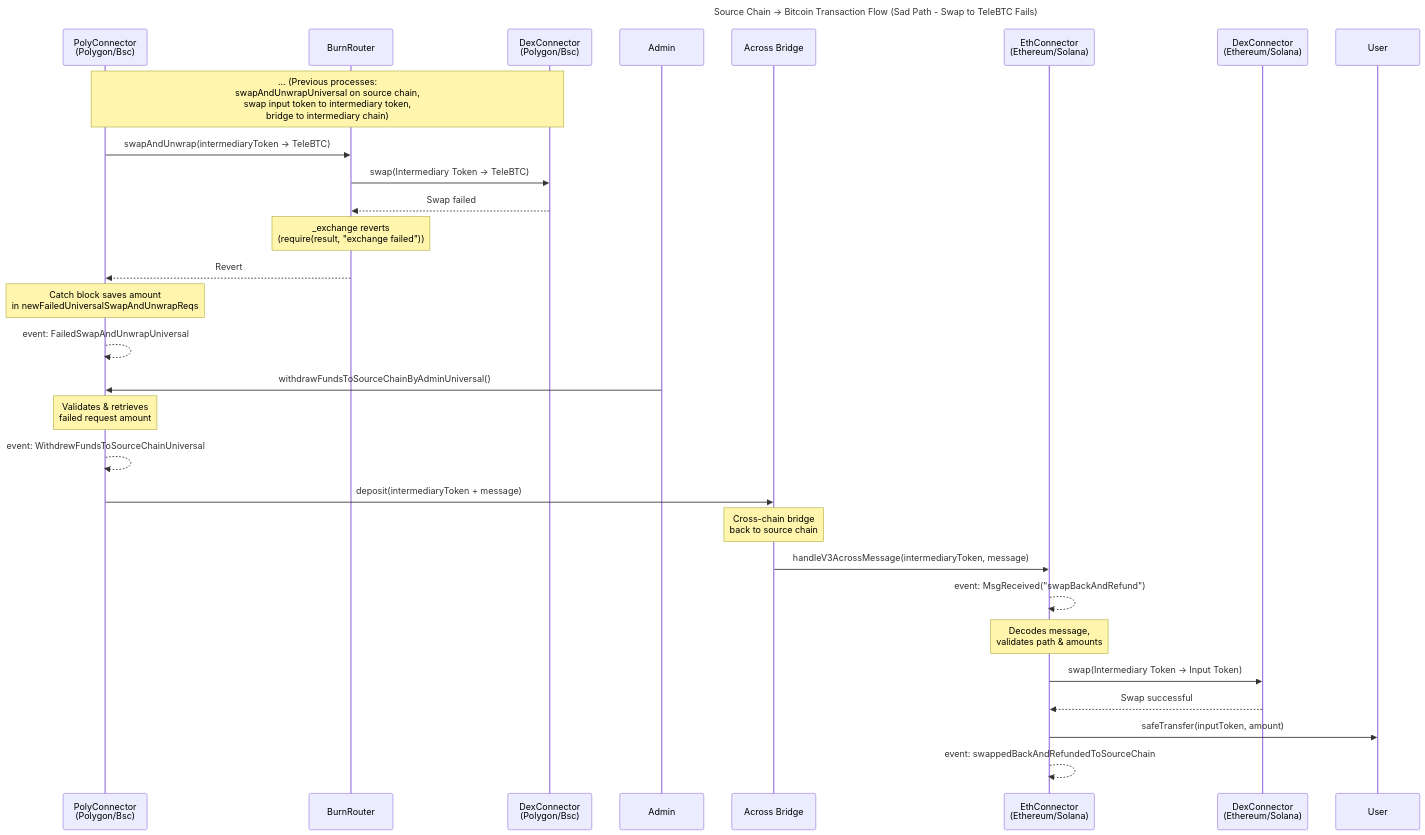
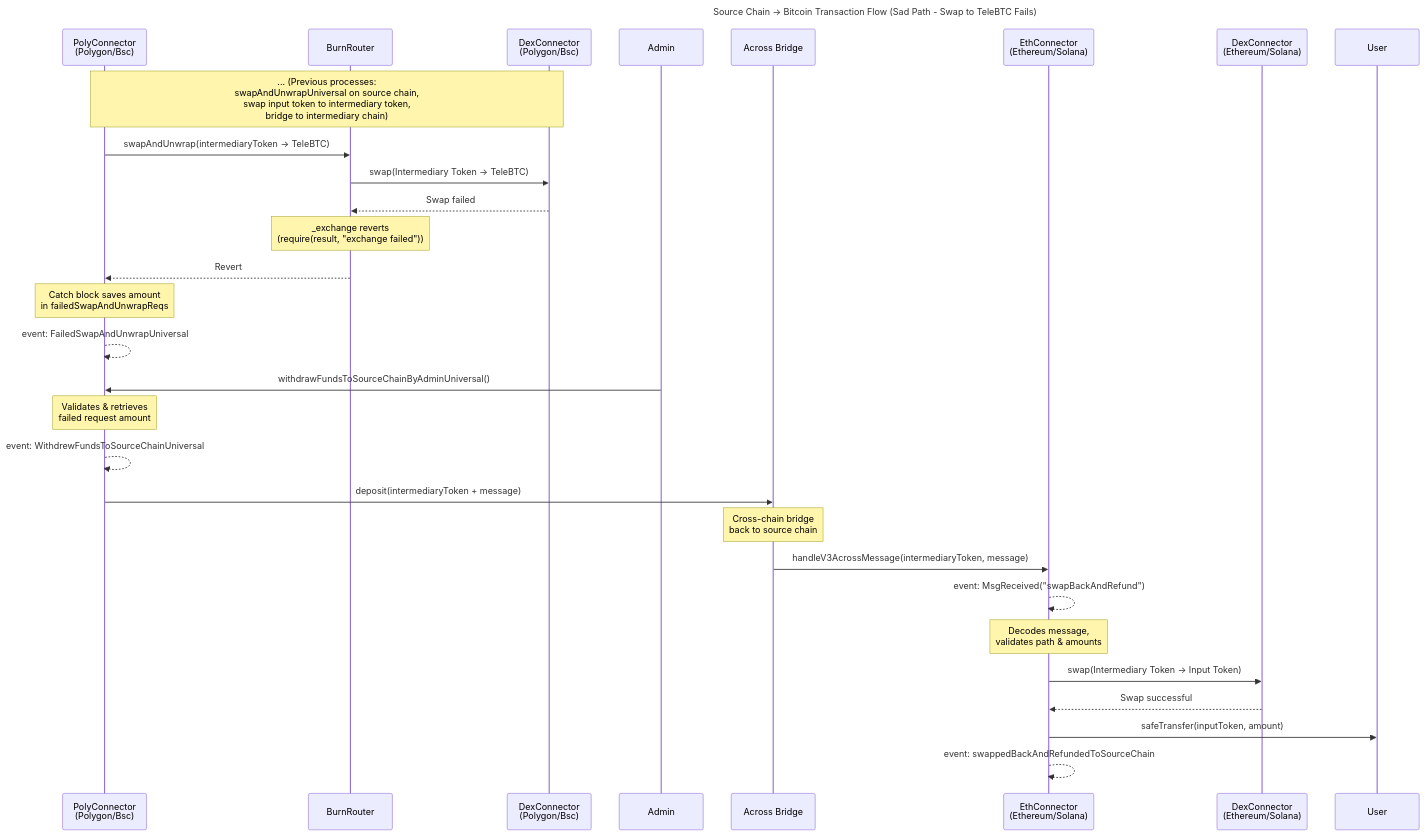
Before and after one commit to TeleportDAO/teleswap-contracts-evm: the fifth of 5 diagrams in docs/universal-router-diagrams.md, drawn with Mermaid. The commit also changed other lines of this file and 5 other files, not shown here.

````diff
--- a/docs/universal-router-diagrams.md
+++ b/docs/universal-router-diagrams.md
@@ -199,36 +199,36 @@
 ```mermaid
 sequenceDiagram
   title Source Chain → Bitcoin Transaction Flow (Sad Path - Swap to TeleBTC Fails)
   participant PolyConnector as PolyConnector<br/>(Polygon/Bsc)
   participant BurnRouter as BurnRouter
   participant DexConnectorPoly as DexConnector<br/>(Polygon/Bsc)
   participant Admin as Admin
   participant Across as Across Bridge
   participant EthConnector as EthConnector<br/>(Ethereum/Solana)
   participant DexConnectorSource as DexConnector<br/>(Ethereum/Solana)
   participant User as User
 
   Note over PolyConnector,DexConnectorPoly: ... (Previous processes:<br/>swapAndUnwrapUniversal on source chain,<br/>swap input token to intermediary token,<br/>bridge to intermediary chain)
 
   PolyConnector->>BurnRouter: swapAndUnwrap(intermediaryToken → TeleBTC)
   BurnRouter->>DexConnectorPoly: swap(Intermediary Token → TeleBTC)
   DexConnectorPoly-->>BurnRouter: Swap failed
   Note over BurnRouter: _exchange reverts<br/>(require(result, "exchange failed"))
   BurnRouter-->>PolyConnector: Revert
-  Note over PolyConnector: Catch block saves amount<br/>in newFailedUniversalSwapAndUnwrapReqs
+  Note over PolyConnector: Catch block saves amount<br/>in failedSwapAndUnwrapReqs
   PolyConnector-->>PolyConnector: event: FailedSwapAndUnwrapUniversal
 
   Admin->>PolyConnector: withdrawFundsToSourceChainByAdminUniversal()
   Note over PolyConnector: Validates & retrieves<br/>failed request amount
   PolyConnector-->>PolyConnector: event: WithdrewFundsToSourceChainUniversal
   PolyConnector->>Across: deposit(intermediaryToken + message)
   Note over Across: Cross-chain bridge<br/>back to source chain
 
   Across->>EthConnector: handleV3AcrossMessage(intermediaryToken, message)
   EthConnector-->>EthConnector: event: MsgReceived("swapBackAndRefund")
   Note over EthConnector: Decodes message,<br/>validates path & amounts
   EthConnector->>DexConnectorSource: swap(Intermediary Token → Input Token)
   DexConnectorSource-->>EthConnector: Swap successful
   EthConnector->>User: safeTransfer(inputToken, amount)
   EthConnector-->>EthConnector: event: swappedBackAndRefundedToSourceChain
 ```
````
